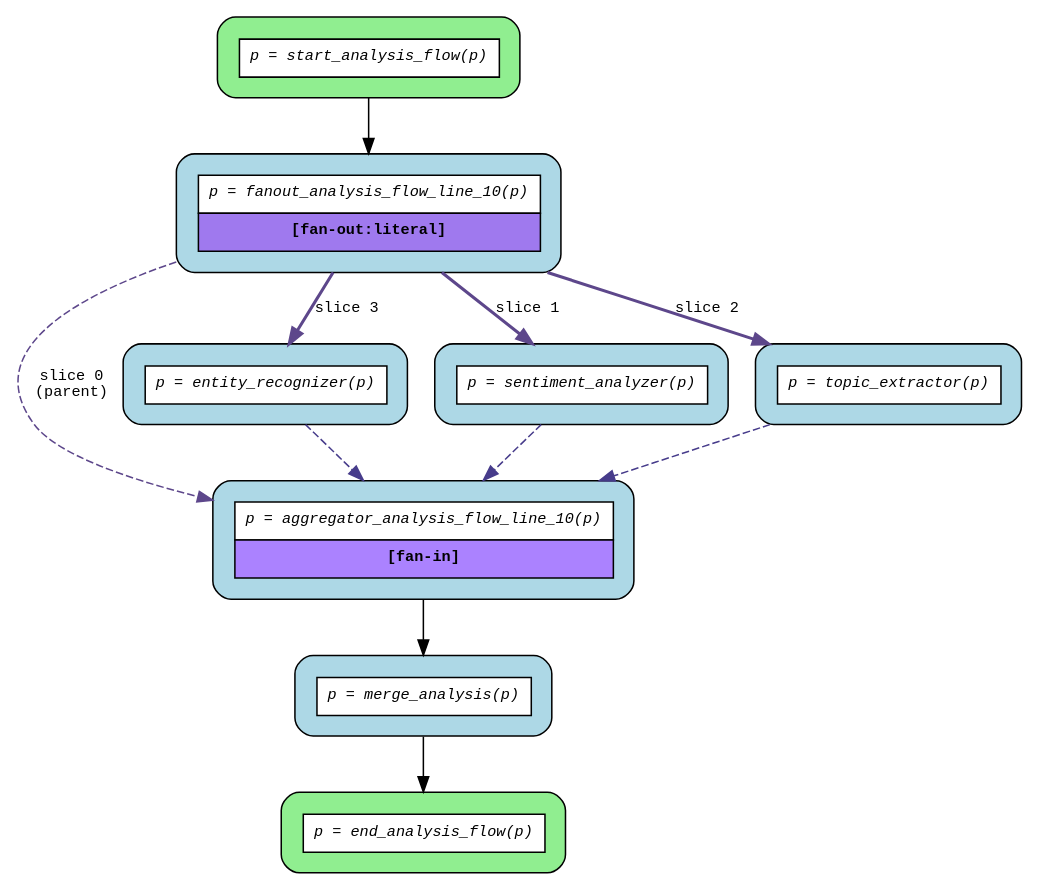
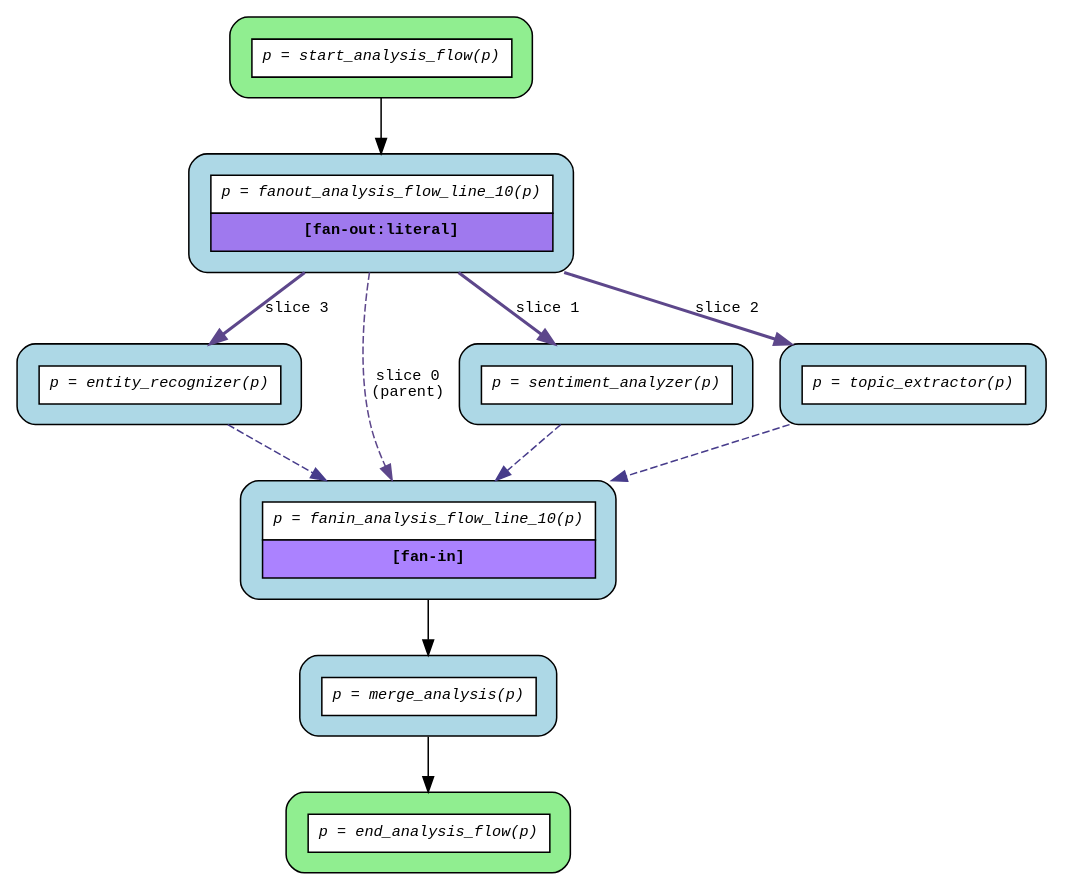
Before and after one commit to deliveryhero/asya: the diagram in examples/flows/compiled/fanout_literal/flow.dot, drawn with Graphviz. The commit also changed 19 other files, not shown here.

First line of the commit message:
Rename fan-out generated actor from aggregator to fanin

```diff
--- a/examples/flows/compiled/fanout_literal/flow.dot
+++ b/examples/flows/compiled/fanout_literal/flow.dot
@@ -1,26 +1,26 @@
 digraph flow {
   rankdir=TB;
   graph [fontname="Courier", fontsize=10];
   node [fontname="Courier", fontsize=10, shape=box, style="filled,rounded", margin="0.2"];
   edge [fontname="Courier", fontsize=10];
 
   start_analysis_flow [fillcolor="lightgreen", label=<<table border="0" cellspacing="0" cellpadding="6" cellborder="1"><tr><td bgcolor="white" align="center"><i>p = start_analysis_flow(p)</i></td></tr></table>>];
   fanout_analysis_flow_line_10 [fillcolor="lightblue", label=<<table border="0" cellspacing="0" cellpadding="6" cellborder="1"><tr><td bgcolor="white" align="center"><i>p = fanout_analysis_flow_line_10(p)</i></td></tr><tr><td bgcolor="mediumpurple2" align="center"><b>[fan-out:literal]</b></td></tr></table>>];
   end_analysis_flow [fillcolor="lightgreen", label=<<table border="0" cellspacing="0" cellpadding="6" cellborder="1"><tr><td bgcolor="white" align="center"><i>p = end_analysis_flow(p)</i></td></tr></table>>];
-  aggregator_analysis_flow_line_10 [fillcolor="lightblue", label=<<table border="0" cellspacing="0" cellpadding="6" cellborder="1"><tr><td bgcolor="white" align="center"><i>p = aggregator_analysis_flow_line_10(p)</i></td></tr><tr><td bgcolor="mediumpurple1" align="center"><b>[fan-in]</b></td></tr></table>>];
   entity_recognizer [fillcolor="lightblue", label=<<table border="0" cellspacing="0" cellpadding="6" cellborder="1"><tr><td bgcolor="white" align="center"><i>p = entity_recognizer(p)</i></td></tr></table>>];
+  fanin_analysis_flow_line_10 [fillcolor="lightblue", label=<<table border="0" cellspacing="0" cellpadding="6" cellborder="1"><tr><td bgcolor="white" align="center"><i>p = fanin_analysis_flow_line_10(p)</i></td></tr><tr><td bgcolor="mediumpurple1" align="center"><b>[fan-in]</b></td></tr></table>>];
   merge_analysis [fillcolor="lightblue", label=<<table border="0" cellspacing="0" cellpadding="6" cellborder="1"><tr><td bgcolor="white" align="center"><i>p = merge_analysis(p)</i></td></tr></table>>];
   sentiment_analyzer [fillcolor="lightblue", label=<<table border="0" cellspacing="0" cellpadding="6" cellborder="1"><tr><td bgcolor="white" align="center"><i>p = sentiment_analyzer(p)</i></td></tr></table>>];
   topic_extractor [fillcolor="lightblue", label=<<table border="0" cellspacing="0" cellpadding="6" cellborder="1"><tr><td bgcolor="white" align="center"><i>p = topic_extractor(p)</i></td></tr></table>>];
 
-  aggregator_analysis_flow_line_10 -> merge_analysis;
-  entity_recognizer -> aggregator_analysis_flow_line_10 [color=slateblue4, style=dashed];
-  fanout_analysis_flow_line_10 -> aggregator_analysis_flow_line_10 [color=mediumpurple4, label="slice 0\n(parent)", style=dashed];
+  entity_recognizer -> fanin_analysis_flow_line_10 [color=slateblue4, style=dashed];
+  fanin_analysis_flow_line_10 -> merge_analysis;
   fanout_analysis_flow_line_10 -> entity_recognizer [color=mediumpurple4, label="slice 3", style=bold];
+  fanout_analysis_flow_line_10 -> fanin_analysis_flow_line_10 [color=mediumpurple4, label="slice 0\n(parent)", style=dashed];
   fanout_analysis_flow_line_10 -> sentiment_analyzer [color=mediumpurple4, label="slice 1", style=bold];
   fanout_analysis_flow_line_10 -> topic_extractor [color=mediumpurple4, label="slice 2", style=bold];
   merge_analysis -> end_analysis_flow;
-  sentiment_analyzer -> aggregator_analysis_flow_line_10 [color=slateblue4, style=dashed];
+  sentiment_analyzer -> fanin_analysis_flow_line_10 [color=slateblue4, style=dashed];
   start_analysis_flow -> fanout_analysis_flow_line_10;
-  topic_extractor -> aggregator_analysis_flow_line_10 [color=slateblue4, style=dashed];
+  topic_extractor -> fanin_analysis_flow_line_10 [color=slateblue4, style=dashed];
 }
```
